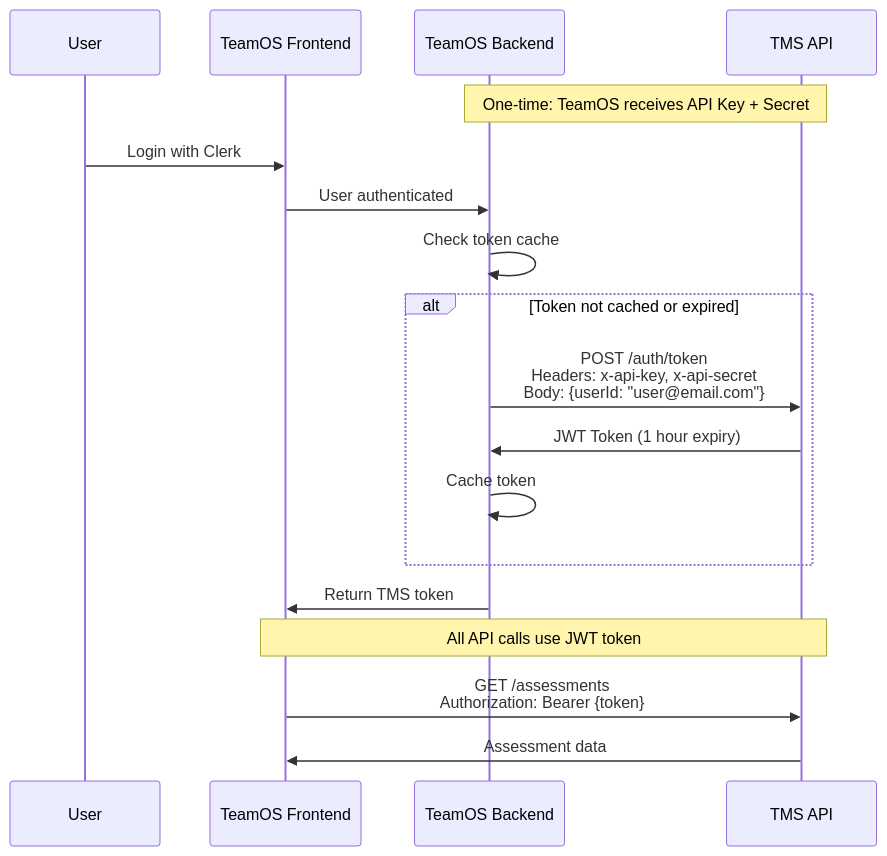
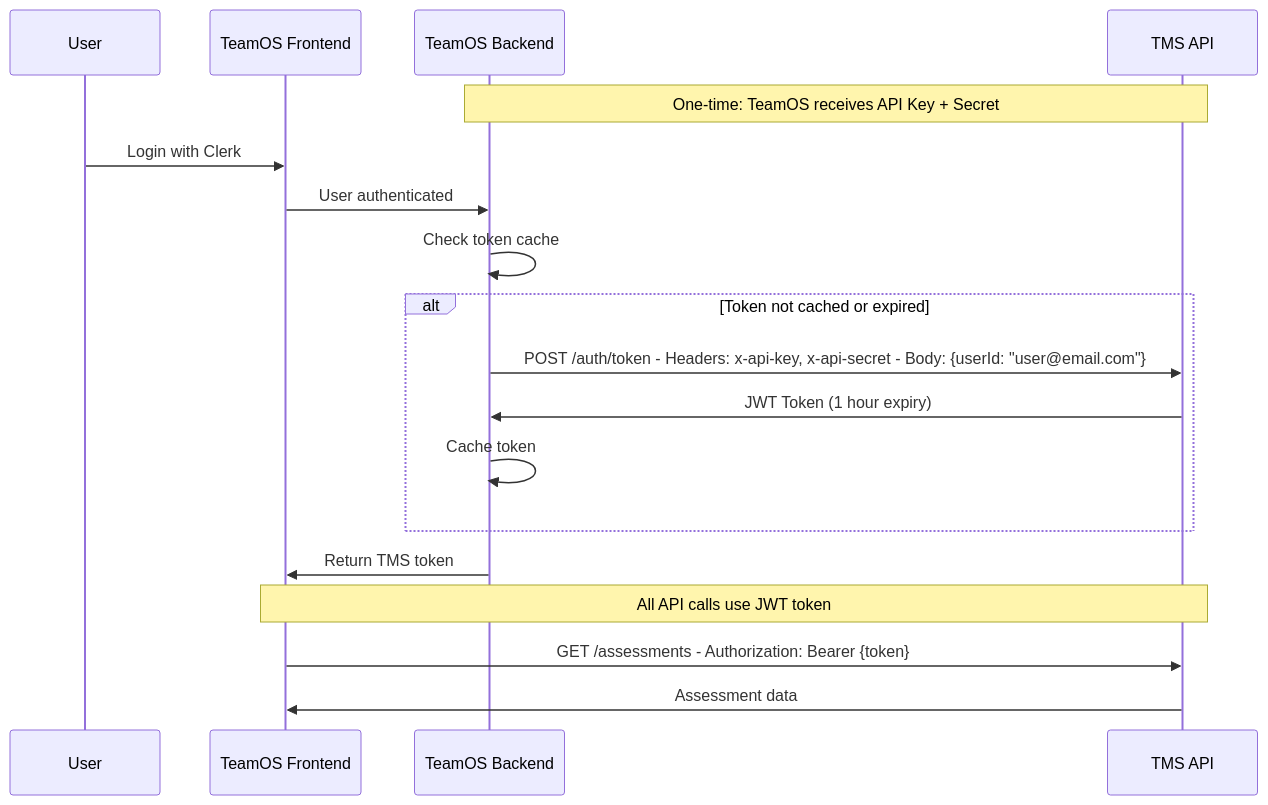
The second of 11 diagrams in docs/tms-api-spec/SYSTEM-ARCHITECTURE.md (tmscoach/teamOS-Agents-Demo), drawn with Mermaid before and after one commit. The commit also changed other lines of this file, not shown here.

First line of the commit message:
fix: Replace HTML br tags in Mermaid diagrams

````diff
--- a/docs/tms-api-spec/SYSTEM-ARCHITECTURE.md
+++ b/docs/tms-api-spec/SYSTEM-ARCHITECTURE.md
@@ -101,25 +101,25 @@
 ```mermaid
 sequenceDiagram
     participant User
     participant TeamOS as TeamOS Frontend
     participant Backend as TeamOS Backend
     participant TMS as TMS API
     
     Note over Backend,TMS: One-time: TeamOS receives API Key + Secret
     
     User->>TeamOS: Login with Clerk
     TeamOS->>Backend: User authenticated
     
     Backend->>Backend: Check token cache
     alt Token not cached or expired
-        Backend->>TMS: POST /auth/token<br/>Headers: x-api-key, x-api-secret<br/>Body: {userId: "user@email.com"}
+        Backend->>TMS: POST /auth/token - Headers: x-api-key, x-api-secret - Body: {userId: "user@email.com"}
         TMS->>Backend: JWT Token (1 hour expiry)
         Backend->>Backend: Cache token
     end
     
     Backend->>TeamOS: Return TMS token
     
     Note over TeamOS,TMS: All API calls use JWT token
-    TeamOS->>TMS: GET /assessments<br/>Authorization: Bearer {token}
+    TeamOS->>TMS: GET /assessments - Authorization: Bearer {token}
     TMS->>TeamOS: Assessment data
 ```
````
